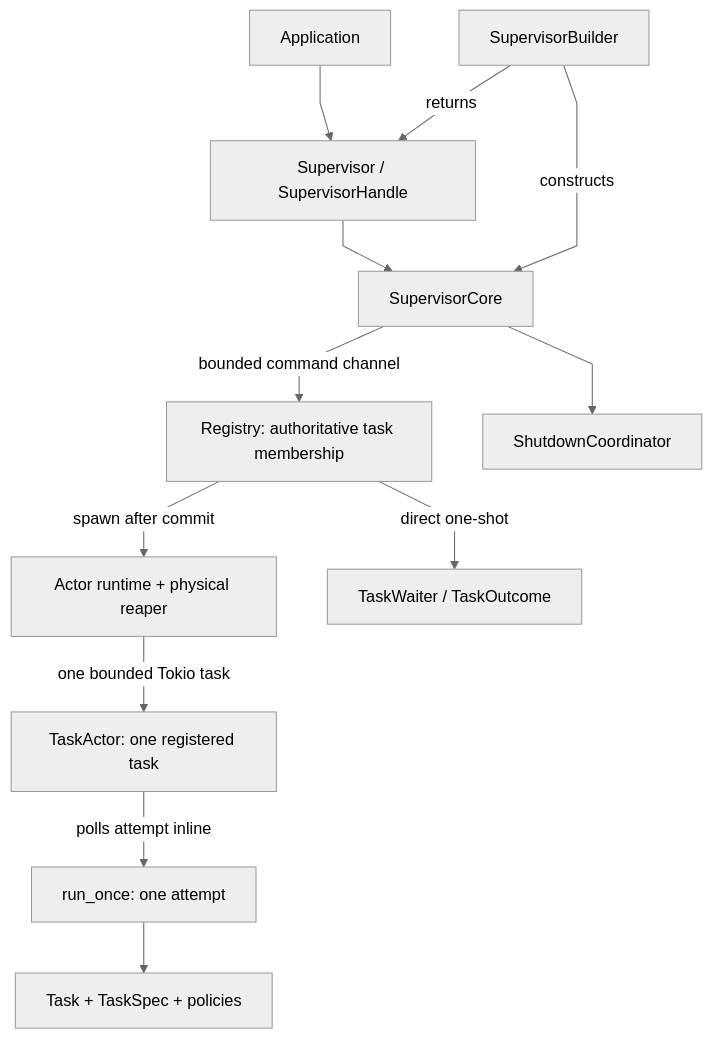
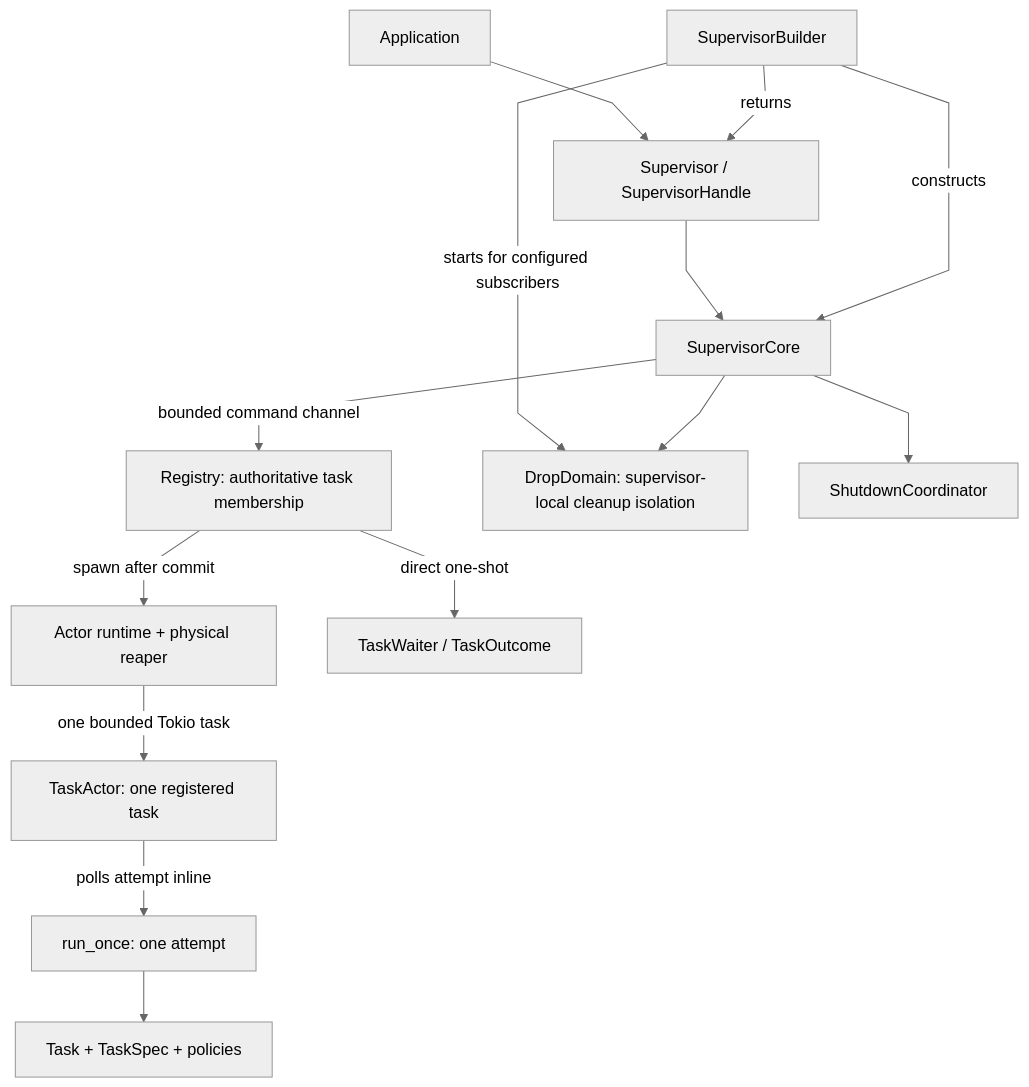
The first of 10 diagrams in src/ARCHITECTURE.md (soltiHQ/taskvisor), drawn with Mermaid (neutral theme) before and after one commit. The commit also changed other lines of this file and 166 other files, not shown here.

````diff
--- a/src/ARCHITECTURE.md
+++ b/src/ARCHITECTURE.md
@@ -35,27 +59,30 @@
 ```mermaid
 %%{init: {"flowchart": {"curve": "linear"}}}%%
 flowchart TB
     App["Application"]
     Builder["SupervisorBuilder"]
     Supervisor["Supervisor / SupervisorHandle"]
     Core["SupervisorCore"]
     Registry["Registry: authoritative task membership"]
+    DropDomain["DropDomain: supervisor-local cleanup isolation"]
     Actors["Actor runtime + physical reaper"]
     Actor["TaskActor: one registered task"]
     Runner["run_once: one attempt"]
     Task["Task + TaskSpec + policies"]
     Shutdown["ShutdownCoordinator"]
     Waiter["TaskWaiter / TaskOutcome"]
 
     App --> Supervisor
     Builder -->|returns| Supervisor
     Supervisor --> Core
     Builder -->|constructs| Core
+    Builder -->|starts for configured subscribers| DropDomain
+    Core --> DropDomain
     Core -->|bounded command channel| Registry
     Registry -->|spawn after commit| Actors
     Actors -->|one bounded Tokio task| Actor
     Actor -->|polls attempt inline| Runner
     Runner --> Task
     Core --> Shutdown
     Registry -->|direct one-shot| Waiter
 ```
````
